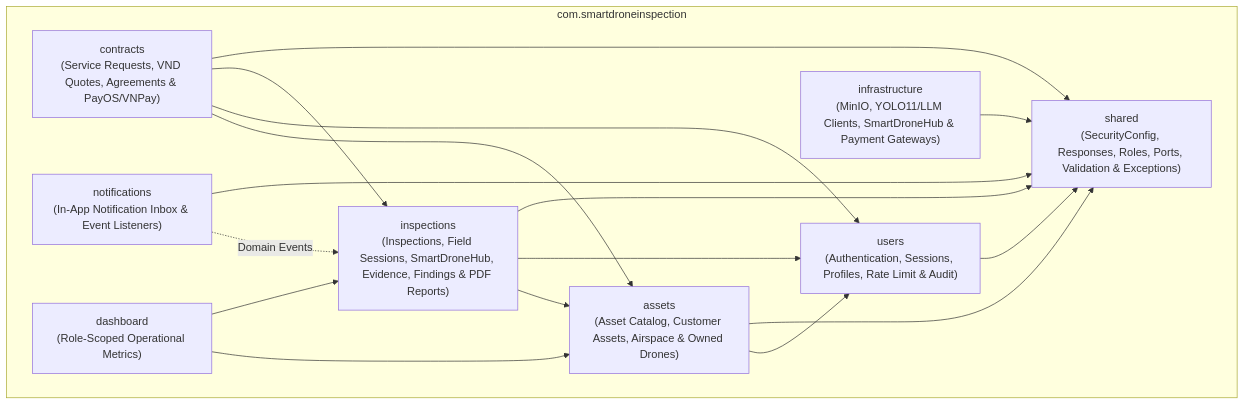
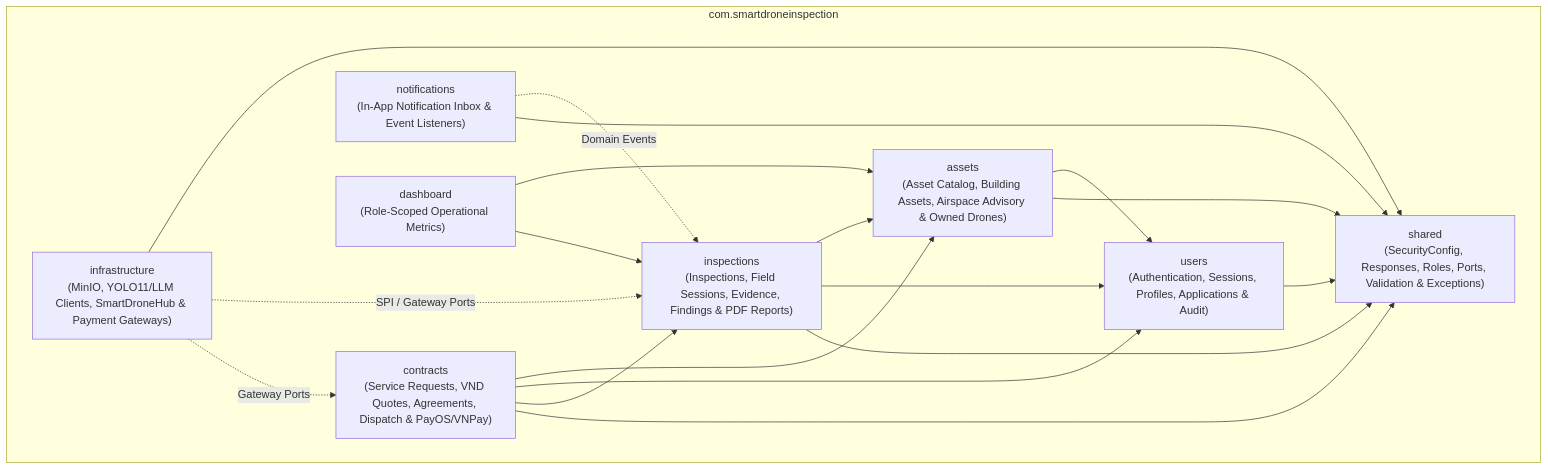
One commit to tungbach12/SmartDroneInspection-Docs changed the second of 4 diagrams in reports/report-4-software-design-document/01-system-design.md. Above: the diagram before and after it, drawn with Mermaid. The commit also changed other lines of this file and 375 other files, not shown here.

````diff
--- a/reports/report-4-software-design-document/01-system-design.md
+++ b/reports/report-4-software-design-document/01-system-design.md
@@ -99,30 +106,32 @@
 ```mermaid
 %% title: Backend Subsystem Package Diagram
 flowchart TD
   subgraph RootPkg["com.smartdroneinspection"]
-    USERS["users\n(Authentication, Sessions, Profiles, Rate Limit & Audit)"]
-    CONTRACTS["contracts\n(Service Requests, VND Quotes, Agreements & PayOS/VNPay)"]
-    ASSETS["assets\n(Asset Catalog, Customer Assets, Airspace & Owned Drones)"]
-    INSPECTIONS["inspections\n(Inspections, Field Sessions, SmartDroneHub, Evidence, Findings & PDF Reports)"]
+    USERS["users\n(Authentication, Sessions, Profiles, Applications & Audit)"]
+    CONTRACTS["contracts\n(Service Requests, VND Quotes, Agreements, Dispatch & PayOS/VNPay)"]
+    ASSETS["assets\n(Asset Catalog, Building Assets, Airspace Advisory & Owned Drones)"]
+    INSPECTIONS["inspections\n(Inspections, Field Sessions, Evidence, Findings & PDF Reports)"]
     NOTIFICATIONS["notifications\n(In-App Notification Inbox & Event Listeners)"]
     DASHBOARD["dashboard\n(Role-Scoped Operational Metrics)"]
     INFRASTRUCTURE["infrastructure\n(MinIO, YOLO11/LLM Clients, SmartDroneHub & Payment Gateways)"]
     SHARED["shared\n(SecurityConfig, Responses, Roles, Ports, Validation & Exceptions)"]
   end
 
   CONTRACTS --> ASSETS
   CONTRACTS --> USERS
   CONTRACTS --> INSPECTIONS
   ASSETS --> USERS
   INSPECTIONS --> ASSETS
   INSPECTIONS --> USERS
   NOTIFICATIONS -.->|"Domain Events"| INSPECTIONS
   DASHBOARD --> ASSETS
   DASHBOARD --> INSPECTIONS
   USERS --> SHARED
   CONTRACTS --> SHARED
   ASSETS --> SHARED
   INSPECTIONS --> SHARED
   NOTIFICATIONS --> SHARED
   INFRASTRUCTURE --> SHARED
+  INFRASTRUCTURE -.->|"SPI / Gateway Ports"| INSPECTIONS
+  INFRASTRUCTURE -.->|"Gateway Ports"| CONTRACTS
 ```
````
